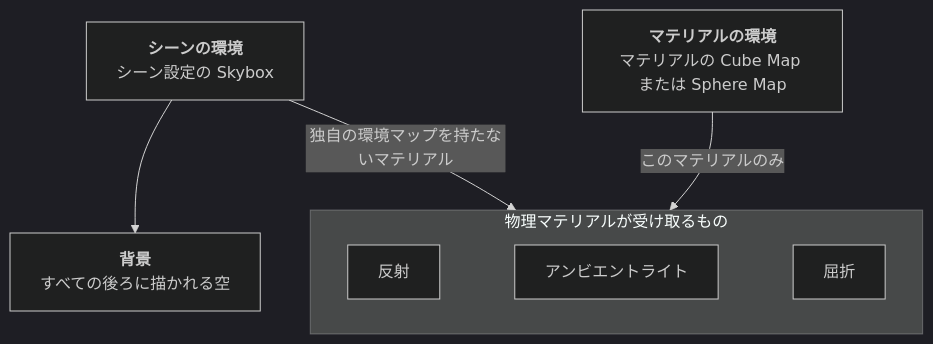
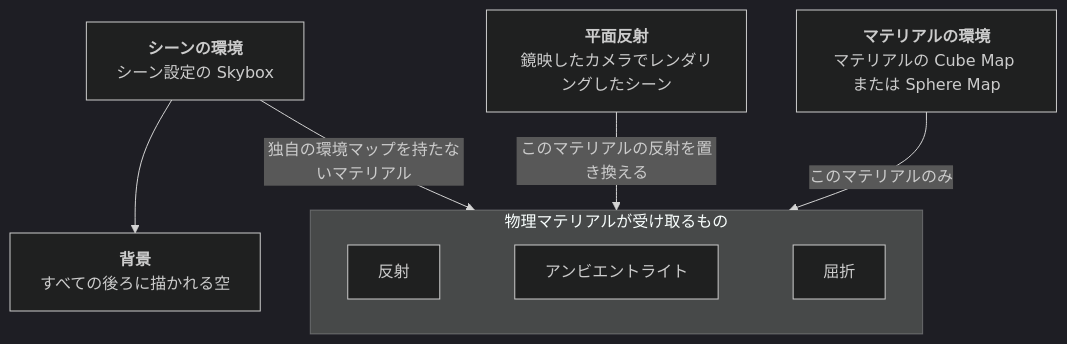
One commit to playcanvas/developer-site changed the diagram in i18n/ja/docusaurus-plugin-content-docs/current/user-manual/graphics/physical-rendering/environment-lighting.md. Above: the diagram before and after it, drawn with Mermaid (dark theme). The commit also changed other lines of this file and 200 other files, not shown here.

````diff
--- a/i18n/ja/docusaurus-plugin-content-docs/current/user-manual/graphics/physical-rendering/environment-lighting.md
+++ b/i18n/ja/docusaurus-plugin-content-docs/current/user-manual/graphics/physical-rendering/environment-lighting.md
@@ -12,16 +12,18 @@
 ```mermaid
 graph TD
     S["<b>シーンの環境</b><br/>シーン設定の Skybox"]
     M["<b>マテリアルの環境</b><br/>マテリアルの Cube Map または Sphere Map"]
     subgraph MAT["物理マテリアルが受け取るもの"]
         direction LR
         R["反射"]
         A["アンビエントライト"]
         F["屈折"]
         R ~~~ A ~~~ F
     end
     B["<b>背景</b><br/>すべての後ろに描かれる空"]
+    P["<b>平面反射</b><br/>鏡映したカメラでレンダリングしたシーン"]
     S -->|"独自の環境マップを持たないマテリアル"| MAT
     M -->|"このマテリアルのみ"| MAT
+    P -->|"このマテリアルの反射を置き換える"| R
     S --> B
 ```
````
